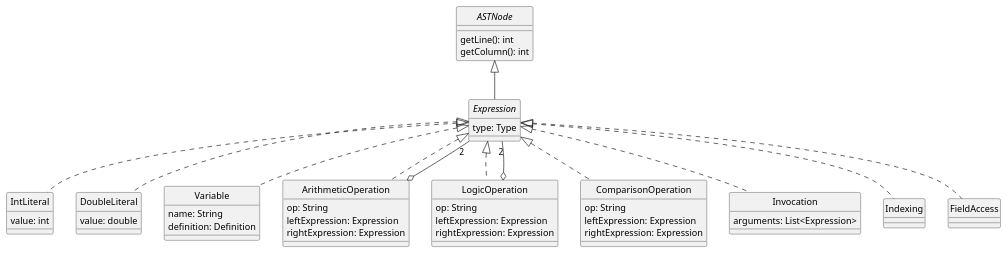
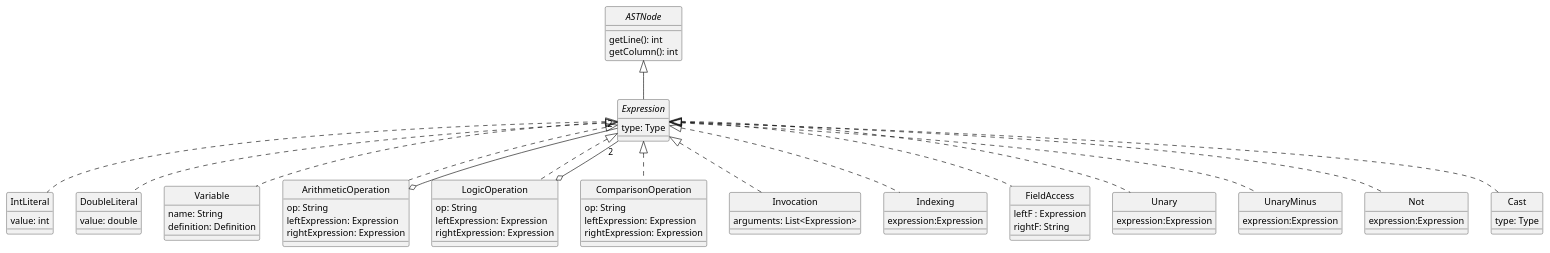
One commit to uo277440/dlp-compiler changed the diagram in docs/diagrams/expressions.plantuml. Above: the diagram before and after it, drawn with PlantUML. The commit also changed 36 other files, not shown here.

Commit message:
LAB 3 -> creación clases inicial y cambios diagramas

```diff
--- a/docs/diagrams/expressions.plantuml
+++ b/docs/diagrams/expressions.plantuml
@@ -1,63 +1,80 @@
 @startuml Expressions
 skinparam style strictuml
 skinparam monochrome true
 
 
 interface ASTNode {
     getLine(): int
     getColumn(): int
 }
 
 interface Expression{
 type: Type
 }
 
 class IntLiteral {
     value: int
 }
 class DoubleLiteral {
     value: double
 }
 
 class Variable{
     name: String
     definition: Definition
 }
 class ArithmeticOperation{
     op: String
     leftExpression: Expression
     rightExpression: Expression
 }
 class LogicOperation{
     op: String
     leftExpression: Expression
     rightExpression: Expression
 }
 class ComparisonOperation{
     op: String
     leftExpression: Expression
     rightExpression: Expression
 }
 class Invocation{
     arguments: List<Expression>
 }
 class Indexing{
-
+expression:Expression
 }
 class FieldAccess{
-
+leftF : Expression
+rightF: String
+}
+class Unary{
+expression:Expression
+}
+class UnaryMinus{
+expression:Expression
+}
+class Not{
+expression:Expression
+}
+class Cast{
+type: Type
 }
 ASTNode <|-- Expression
 Expression <|.. IntLiteral
 Expression <|.. Invocation
 Expression <|.. DoubleLiteral
 Expression <|.. Variable
+Expression <|.. Unary
+Expression <|.. Not
+Expression <|.. Cast
+Expression <|.. UnaryMinus
 Expression <|.. ArithmeticOperation
 Expression <|.. Indexing
 Expression <|.. FieldAccess
 Expression <|.. ComparisonOperation
 ArithmeticOperation o-- "2" Expression
 Expression <|.. LogicOperation
 LogicOperation o-- "2" Expression
 
 @enduml
```
